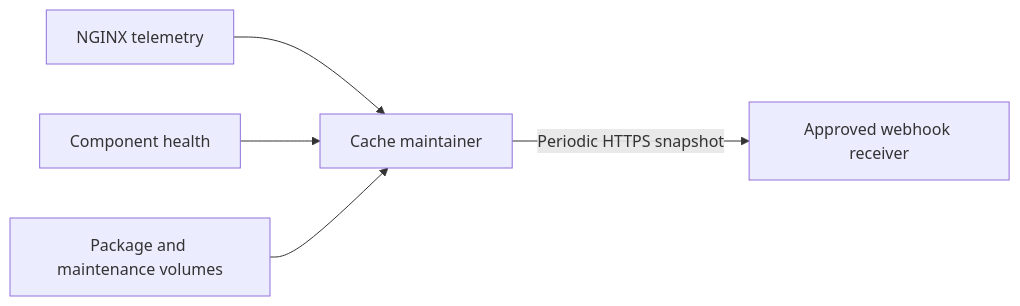
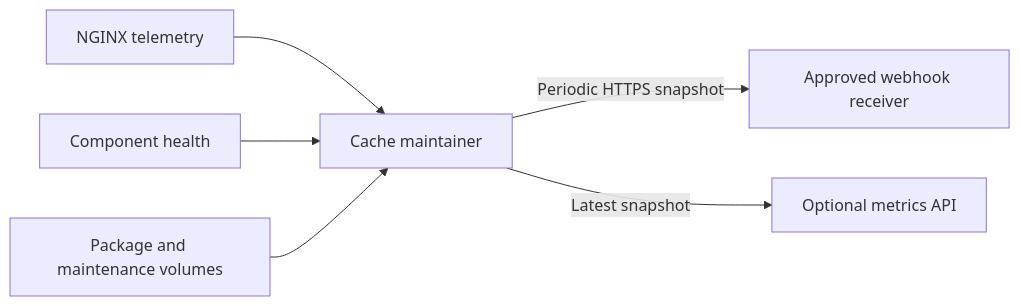
The diagram in docs/webhook-monitoring.md (fabianhartmann2/JCDS-ContentCache), drawn with Mermaid before and after one commit. The commit also changed other lines of this file and 14 other files, not shown here.

Commit message:
feat: expose optional metrics snapshot API

````diff
--- a/docs/webhook-monitoring.md
+++ b/docs/webhook-monitoring.md
@@ -27,7 +28,8 @@
 ```mermaid
 flowchart LR
     N["NGINX telemetry"] --> M["Cache maintainer"]
     H["Component health"] --> M
     V["Package and maintenance volumes"] --> M
     M -->|"Periodic HTTPS snapshot"| W["Approved webhook receiver"]
+    M -->|"Latest snapshot"| A["Optional metrics API"]
 ```
````
